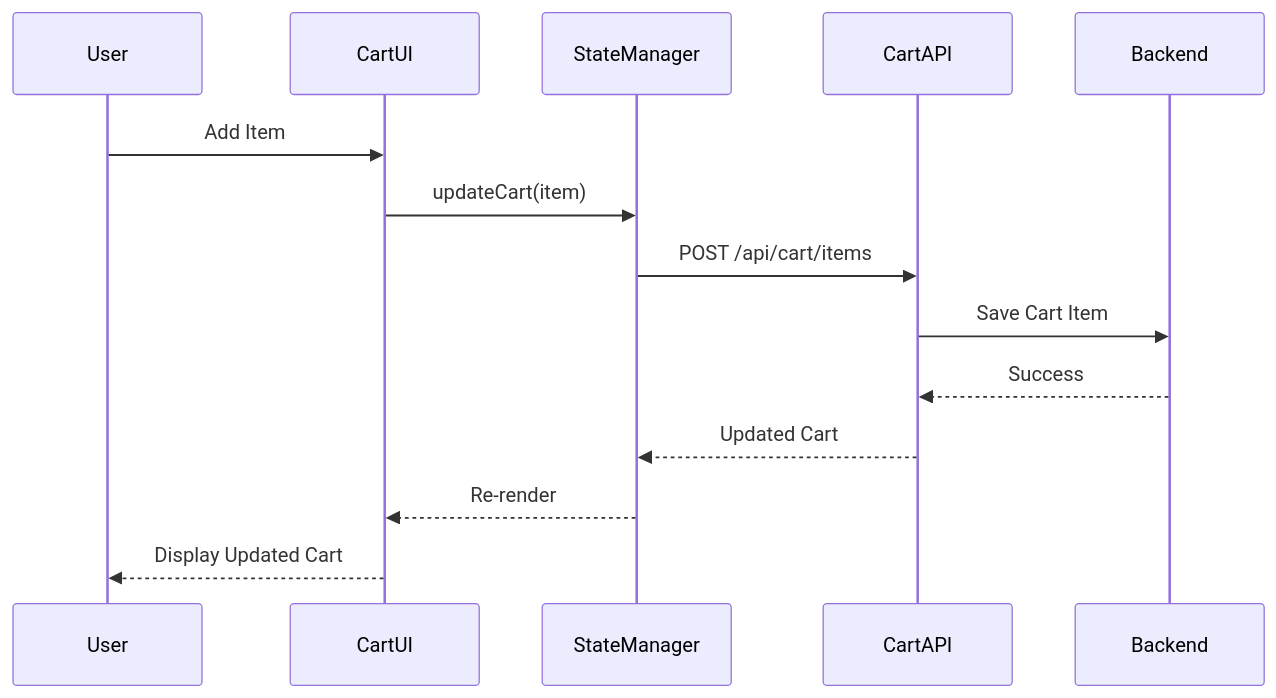
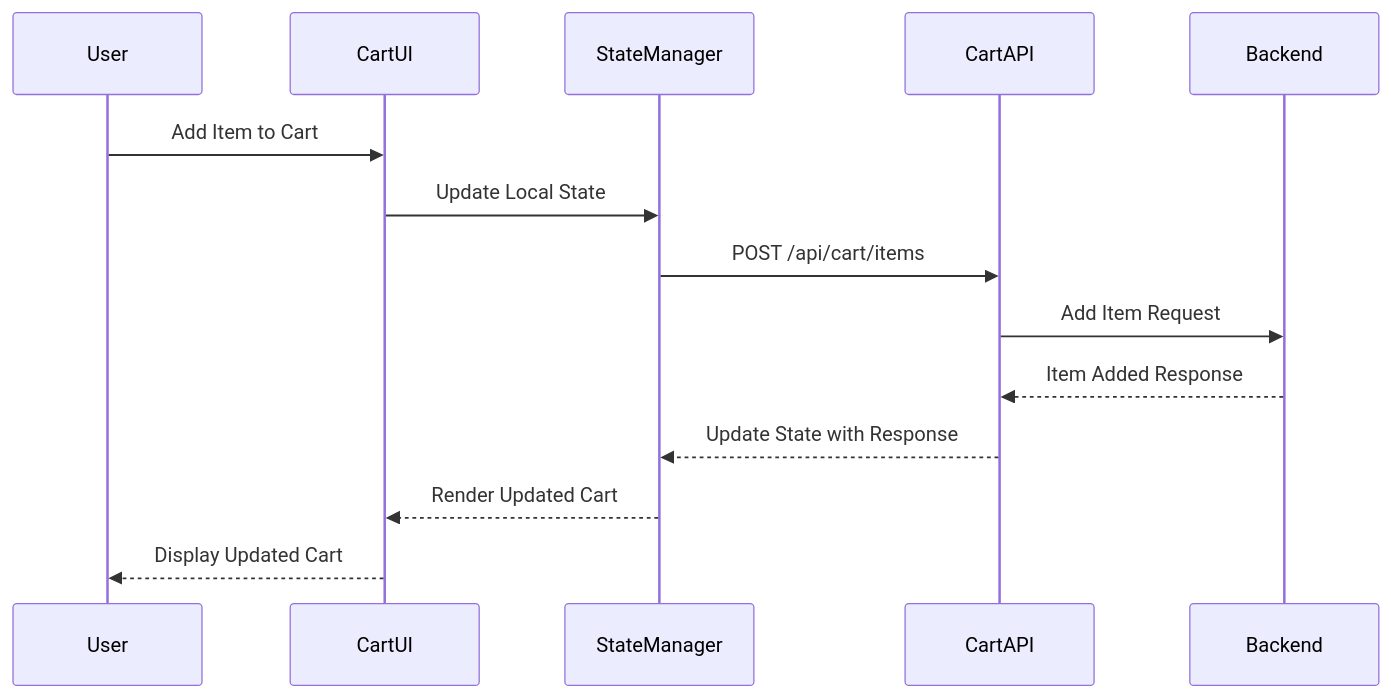
One commit to NavneetBN47/aava-ecom-demo changed diagram 15 of 17 in docs/LLD/lld.md. Above: the diagram before and after it, drawn with Mermaid. The commit also changed other lines of this file, not shown here.

````diff
--- a/docs/LLD/lld.md
+++ b/docs/LLD/lld.md
@@ -699,17 +774,17 @@
 ```mermaid
 sequenceDiagram
     participant User
     participant CartUI
     participant StateManager
     participant CartAPI
     participant Backend
 
-    User->>CartUI: Add Item
-    CartUI->>StateManager: updateCart(item)
+    User->>CartUI: Add Item to Cart
+    CartUI->>StateManager: Update Local State
     StateManager->>CartAPI: POST /api/cart/items
-    CartAPI->>Backend: Save Cart Item
-    Backend-->>CartAPI: Success
-    CartAPI-->>StateManager: Updated Cart
-    StateManager-->>CartUI: Re-render
+    CartAPI->>Backend: Add Item Request
+    Backend-->>CartAPI: Item Added Response
+    CartAPI-->>StateManager: Update State with Response
+    StateManager-->>CartUI: Render Updated Cart
     CartUI-->>User: Display Updated Cart
 ```
````
